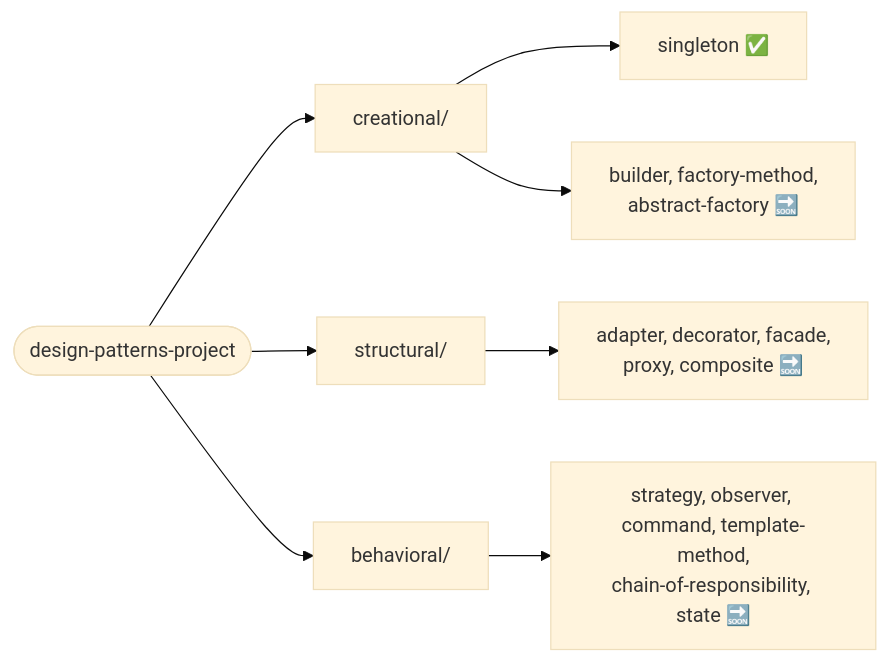
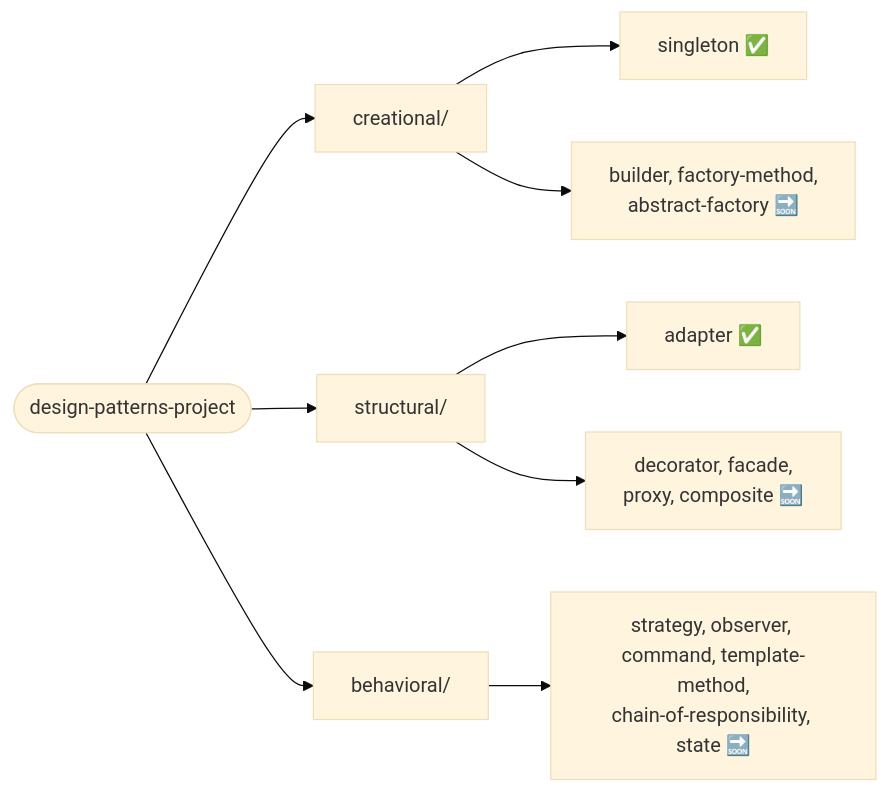
The diagram in README.md (leon-lourenco/design-patterns-project), drawn with Mermaid (base theme) before and after one commit. The commit also changed other lines of this file and 11 other files, not shown here.

````diff
--- a/README.md
+++ b/README.md
@@ -49,10 +49,11 @@
 ```mermaid
 flowchart LR
     Root(["design-patterns-project"]) --> Creational["creational/"]
     Root --> Structural["structural/"]
     Root --> Behavioral["behavioral/"]
     Creational --> Singleton["singleton ✅"]
     Creational --> CreationalRest["builder, factory-method,\nabstract-factory 🔜"]
-    Structural --> StructuralRest["adapter, decorator, facade,\nproxy, composite 🔜"]
+    Structural --> Adapter["adapter ✅"]
+    Structural --> StructuralRest["decorator, facade,\nproxy, composite 🔜"]
     Behavioral --> BehavioralRest["strategy, observer, command, template-method,\nchain-of-responsibility, state 🔜"]
 ```
````
